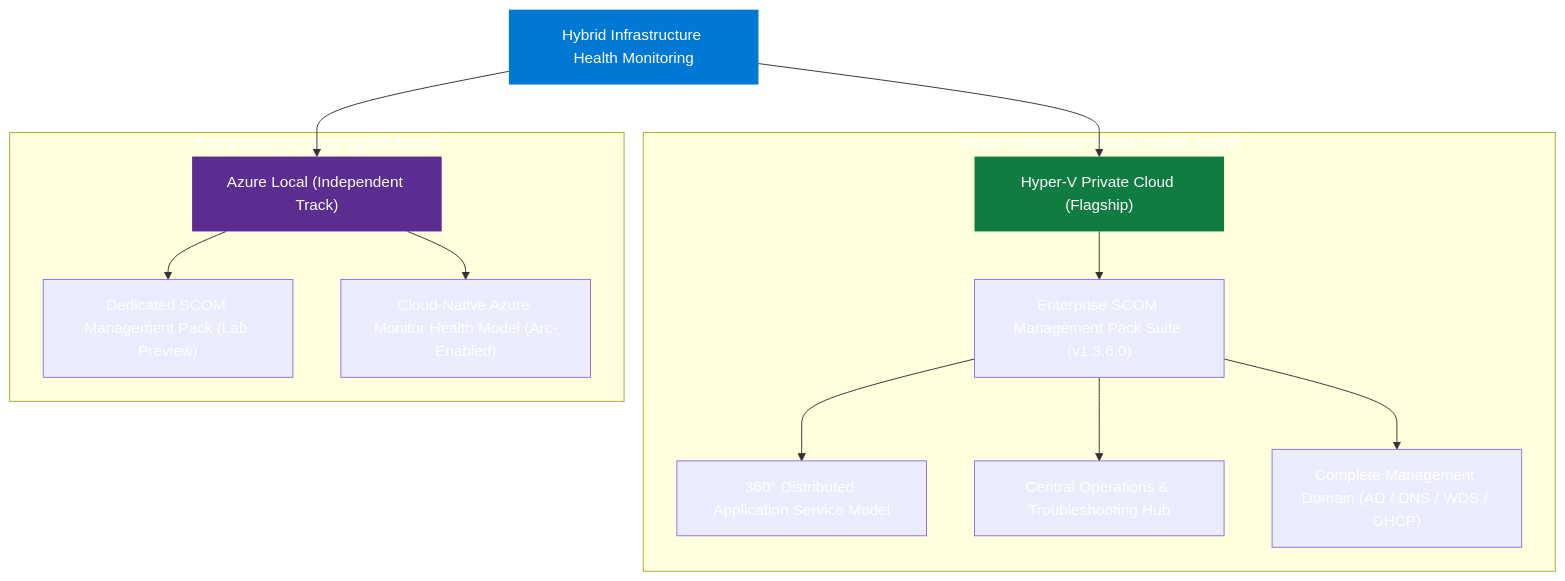
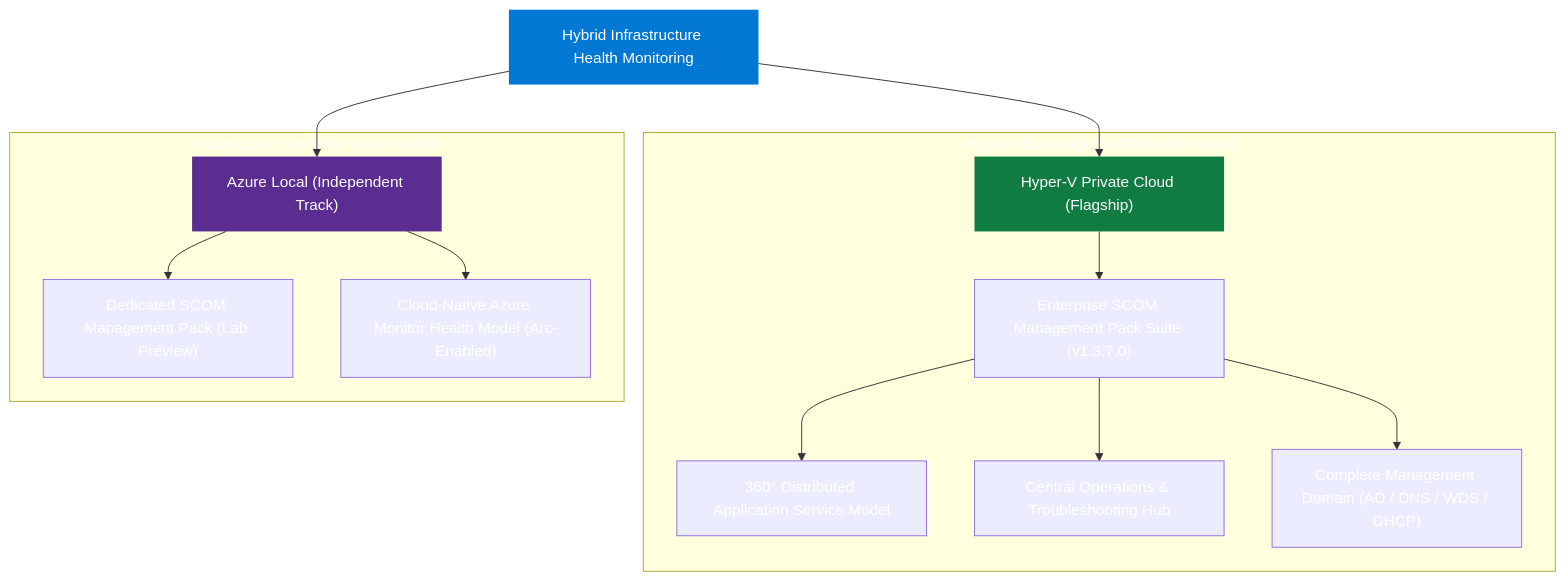
The diagram in docs/index.md (Hybrid-Solutions-Cloud/hybrid-health-monitoring), drawn with Mermaid before and after one commit. The commit also changed other lines of this file and 16 other files, not shown here.

````diff
--- a/docs/index.md
+++ b/docs/index.md
@@ -54,22 +54,22 @@
 ```mermaid
 graph TD
     Root["Hybrid Infrastructure Health Monitoring"]:::root
     Root --> HV["Hyper-V Private Cloud (Flagship)"]:::flagship
     Root --> AzL["Azure Local (Independent Track)"]:::independent
 
     subgraph HVTrack["Hyper-V Sovereign SCOM Health Model"]
-        HV --> HVS["Enterprise SCOM Management Pack Suite (v1.3.6.0)"]
+        HV --> HVS["Enterprise SCOM Management Pack Suite (v1.3.7.0)"]
         HVS --> HVDA["360° Distributed Application Service Model"]
         HVS --> HVOps["Central Operations & Troubleshooting Hub"]
         HVS --> HVMgmt["Complete Management Domain (AD / DNS / WDS / DHCP)"]
     end
 
     subgraph AzLTrack["Azure Local Separate Health Model"]
         AzL --> AzLS["Dedicated SCOM Management Pack (Lab Preview)"]
         AzL --> AzLA["Cloud-Native Azure Monitor Health Model (Arc-Enabled)"]
     end
 
     classDef root fill:#0078D4,color:#fff,stroke:none
     classDef flagship fill:#107c41,color:#fff,stroke:none
     classDef independent fill:#5c2d91,color:#fff,stroke:none
 ```
````
